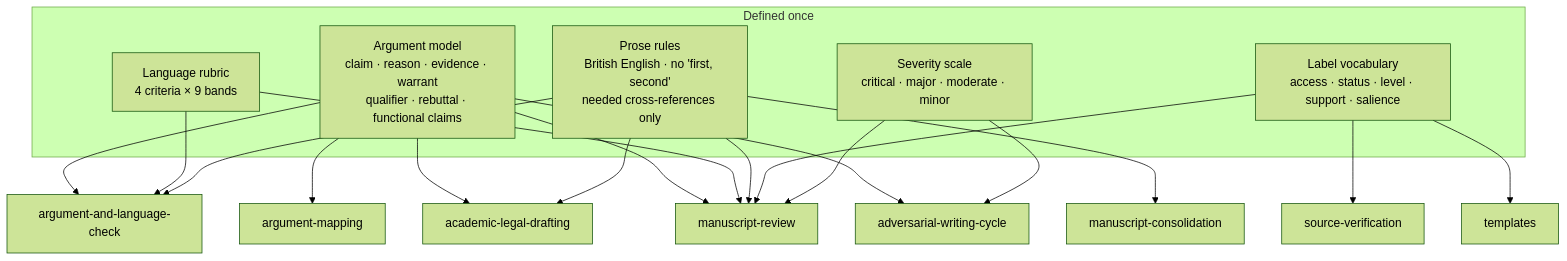
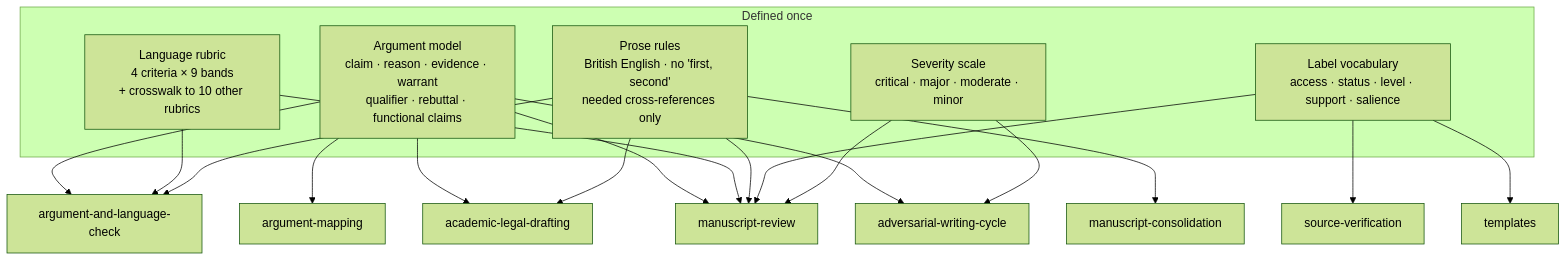
Before and after one commit to Artorivs/legal-academic-skills: the fourth of 7 diagrams in docs/how-it-works.md, drawn with Mermaid (forest theme). The commit also changed 9 other files, not shown here.

First line of the commit message:
Add a crosswalk to other writing rubrics as scoring lenses

````diff
--- a/docs/how-it-works.md
+++ b/docs/how-it-works.md
@@ -80,15 +80,15 @@
 ```mermaid
 flowchart TB
     subgraph STD["Defined once"]
         AMOD["Argument model<br/>claim · reason · evidence · warrant<br/>qualifier · rebuttal · functional claims"]
-        LRUB["Language rubric<br/>4 criteria × 9 bands"]
+        LRUB["Language rubric<br/>4 criteria × 9 bands<br/>+ crosswalk to 10 other rubrics"]
         PROSE["Prose rules<br/>British English · no 'first, second'<br/>needed cross-references only"]
         LABELS["Label vocabulary<br/>access · status · level · support · salience"]
         SEV["Severity scale<br/>critical · major · moderate · minor"]
     end
     AMOD --> ALC["argument-and-language-check"] & AM["argument-mapping"] & ALD["academic-legal-drafting"] & MR["manuscript-review"] & AWC["adversarial-writing-cycle"]
     LRUB --> ALC & MR
     PROSE --> ALD & MC["manuscript-consolidation"] & MR & ALC
     LABELS --> SV["source-verification"] & MR & TPL["templates"]
     SEV --> MR & AWC
 ```
````
